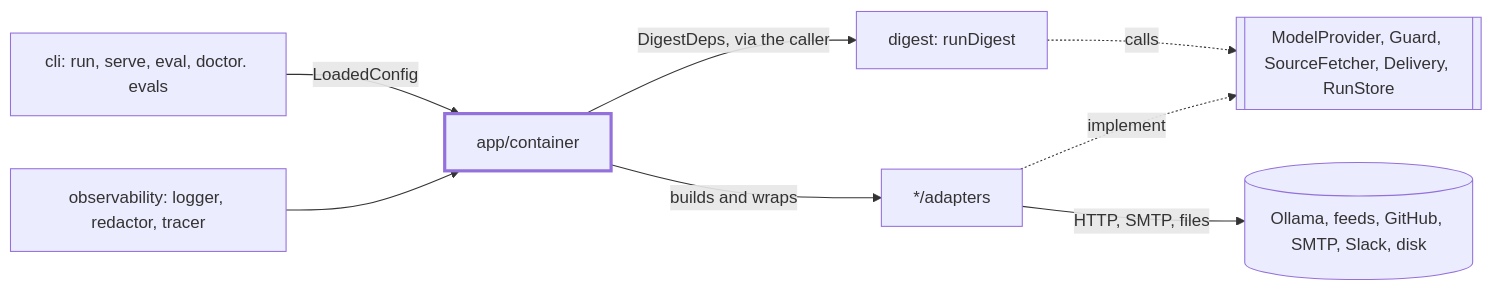
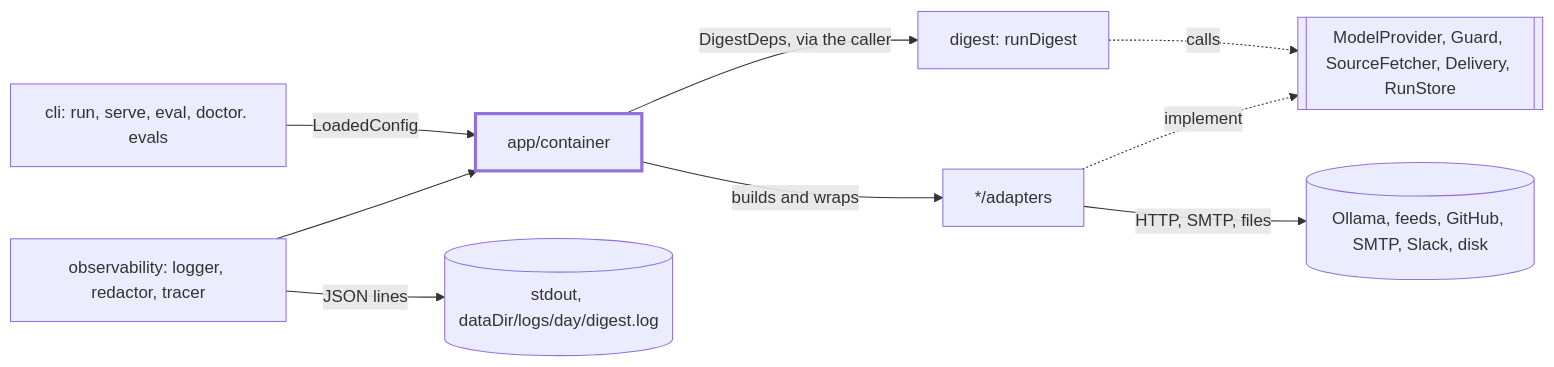
The first of 2 diagrams in src/app/CLAUDE.md (odere-pro/weekly-engineering-digest-agent), drawn with Mermaid before and after one commit. The commit also changed other lines of this file and 133 other files, not shown here.

````diff
--- a/src/app/CLAUDE.md
+++ b/src/app/CLAUDE.md
@@ -9,11 +9,12 @@
 ```mermaid
 flowchart LR
   callers["cli: run, serve, eval, doctor. evals"] -->|"LoadedConfig"| app["app/container"]:::focus
   app -->|"DigestDeps, via the caller"| digest["digest: runDigest"]
   obs["observability: logger, redactor, tracer"] --> app
   app -->|"builds and wraps"| adapters["*/adapters"]
   adapters -.->|"implement"| ports[["ModelProvider, Guard, SourceFetcher, Delivery, RunStore"]]
   digest -.->|"calls"| ports
   adapters -->|"HTTP, SMTP, files"| world[("Ollama, feeds, GitHub, SMTP, Slack, disk")]
+  obs -->|"JSON lines"| logs[("stdout, dataDir/logs/day/digest.log")]
   classDef focus stroke-width:3px
 ```
````
